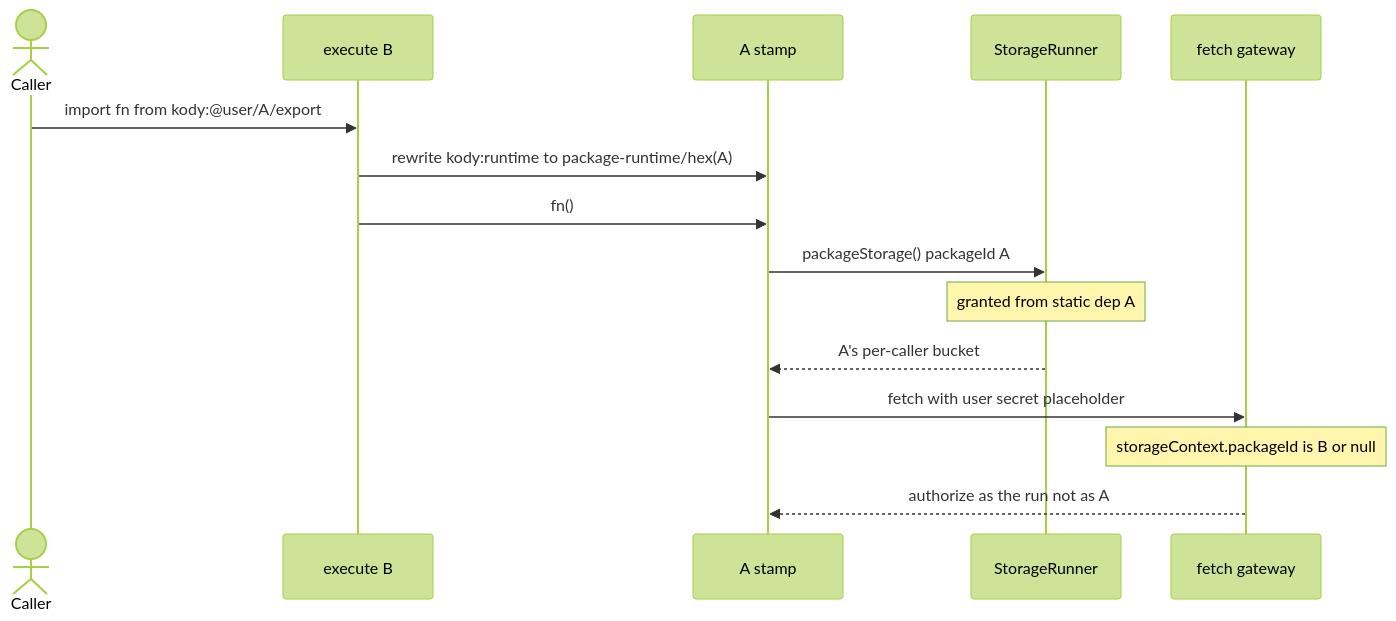
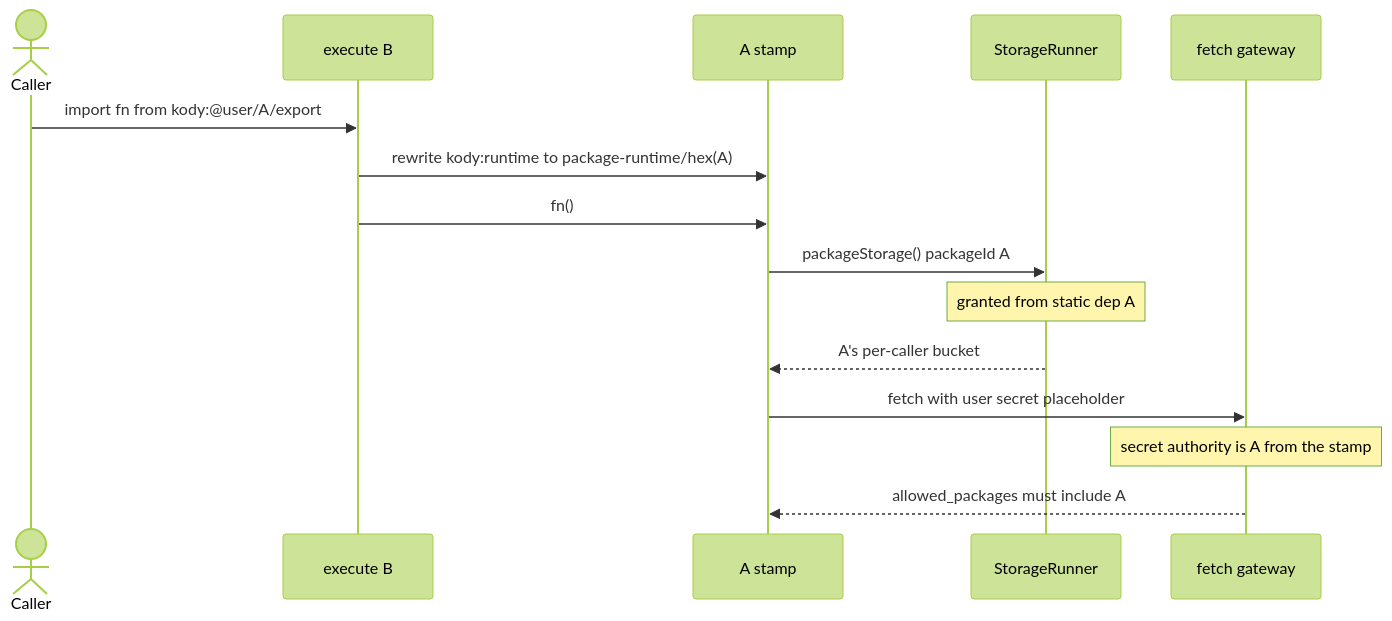
The first of 5 diagrams in docs/contributing/package-storage-static-imports.md (kentcdodds/kody), drawn with Mermaid (forest theme) before and after one commit. The commit also changed other lines of this file and 30 other files, not shown here.

First line of the commit message:
Stamp-aligned secret authority for static kody:@ imports (#2235)

````diff
--- a/docs/contributing/package-storage-static-imports.md
+++ b/docs/contributing/package-storage-static-imports.md
@@ -74,17 +86,17 @@
 ```mermaid
 sequenceDiagram
 	actor Caller
 	participant Execute as execute B
 	participant Stamp as A stamp
 	participant Bucket as StorageRunner
 	participant Gateway as fetch gateway
 	Caller->>Execute: import fn from kody:@user/A/export
 	Execute->>Stamp: rewrite kody:runtime to package-runtime/hex(A)
 	Execute->>Stamp: fn()
 	Stamp->>Bucket: packageStorage() packageId A
 	Note over Bucket: granted from static dep A
 	Bucket-->>Stamp: A's per-caller bucket
 	Stamp->>Gateway: fetch with user secret placeholder
-	Note over Gateway: storageContext.packageId is B or null
-	Gateway-->>Stamp: authorize as the run not as A
+	Note over Gateway: secret authority is A from the stamp
+	Gateway-->>Stamp: allowed_packages must include A
 ```
````
